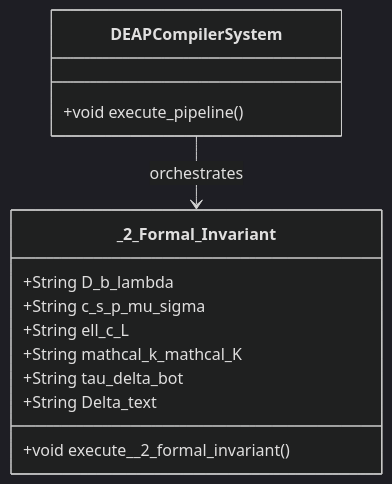
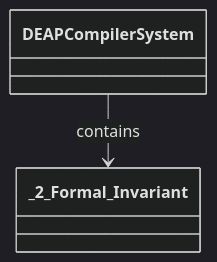
One commit to gintatkinson/dumpiler-01 changed the diagram in docs/features/FEAT-58-_2_Formal_Invariant.md. Above: the diagram before and after it, drawn with Mermaid (dark theme). The commit also changed other lines of this file and 101 other files, not shown here.

````diff
--- a/docs/features/FEAT-58-_2_Formal_Invariant.md
+++ b/docs/features/FEAT-58-_2_Formal_Invariant.md
@@ -25,16 +29,6 @@
 ```mermaid
 classDiagram
-    class DEAPCompilerSystem {
-        +void execute_pipeline()
-    }
-    class _2_Formal_Invariant {
-        +String D_b_lambda
-        +String c_s_p_mu_sigma
-        +String ell_c_L
-        +String mathcal_k_mathcal_K
-        +String tau_delta_bot
-        +String Delta_text
-        +void execute__2_formal_invariant()
-    }
-    DEAPCompilerSystem --> _2_Formal_Invariant : orchestrates
+    class DEAPCompilerSystem
+    class _2_Formal_Invariant
+    DEAPCompilerSystem --> _2_Formal_Invariant : contains
 ```
````
